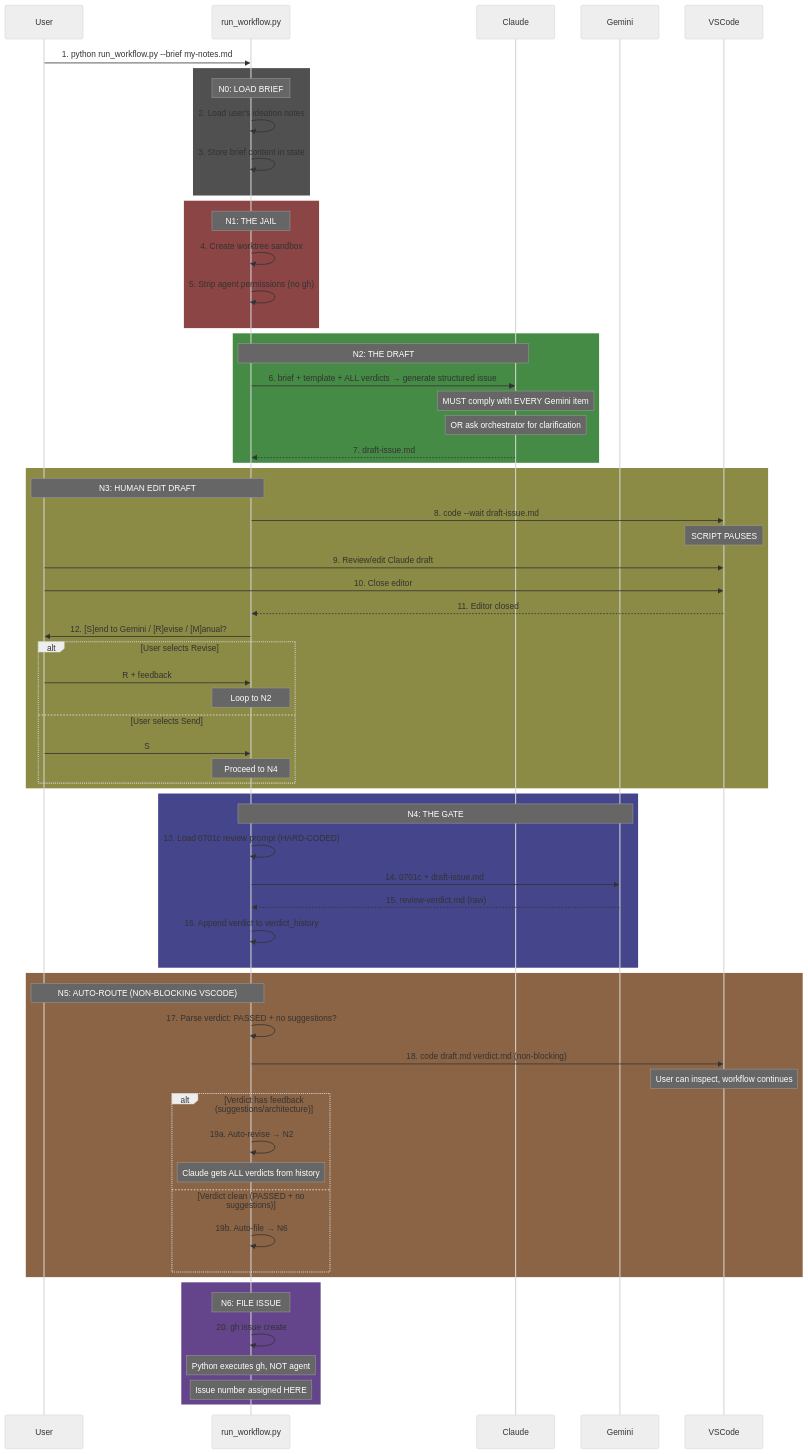
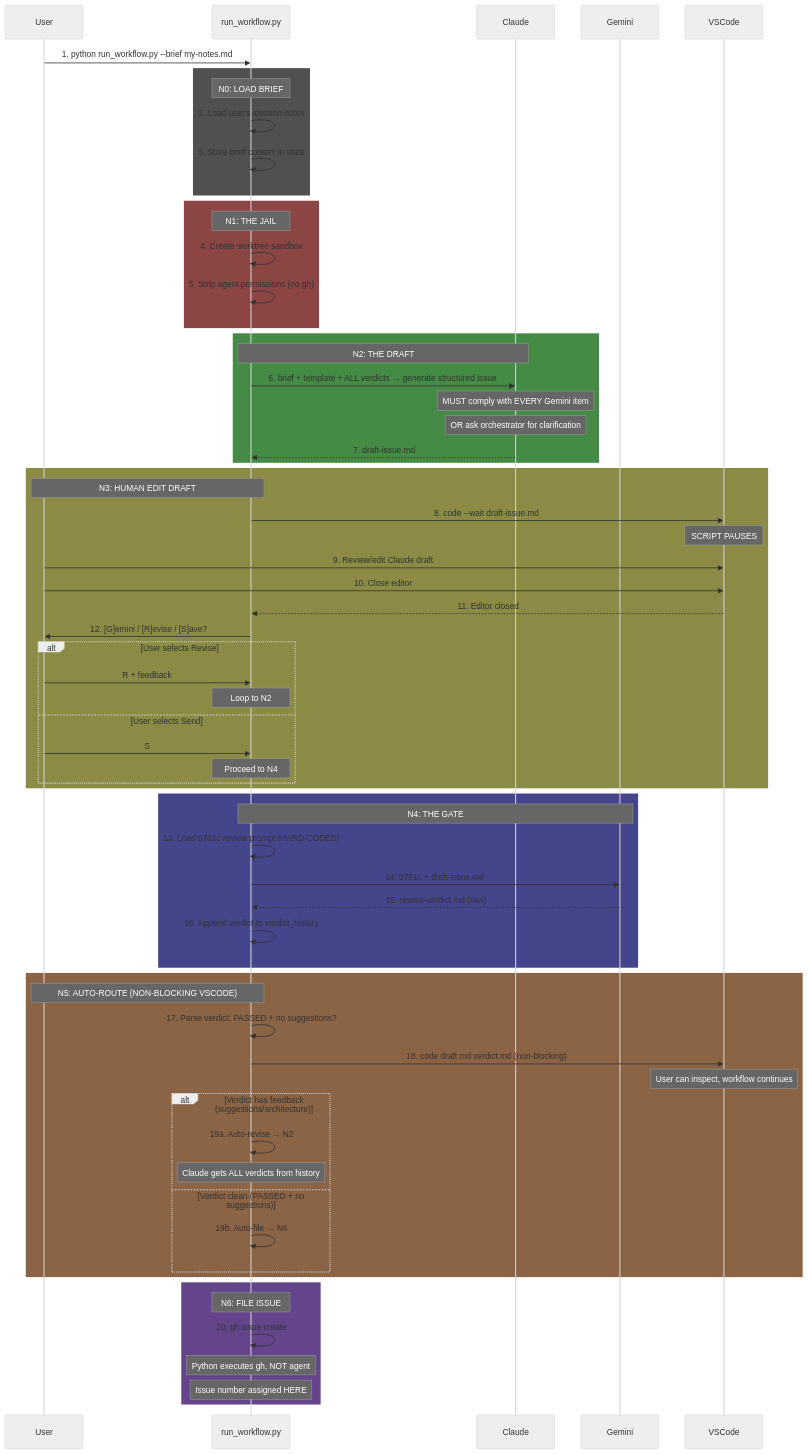
Before and after one commit to martymcenroe/AgentOS: the second of 2 diagrams in docs/runbooks/0904-issue-governance-workflow.md, drawn with Mermaid (neutral theme). The commit also changed other lines of this file, not shown here.

````diff
--- a/docs/runbooks/0904-issue-governance-workflow.md
+++ b/docs/runbooks/0904-issue-governance-workflow.md
@@ -59,75 +59,75 @@
 ```mermaid
 sequenceDiagram
     participant User
     participant Python as run_workflow.py
     participant Claude
     participant Gemini
     participant VSCode
 
     User->>Python: 1. python run_workflow.py --brief my-notes.md
 
     rect rgb(80, 80, 80)
         Note over Python: N0: LOAD BRIEF
         Python->>Python: 2. Load user's ideation notes
         Python->>Python: 3. Store brief content in state
     end
 
     rect rgb(139, 69, 69)
         Note over Python: N1: THE JAIL
         Python->>Python: 4. Create worktree sandbox
         Python->>Python: 5. Strip agent permissions (no gh)
     end
 
     rect rgb(69, 139, 69)
         Note over Python,Claude: N2: THE DRAFT
         Python->>Claude: 6. brief + template + ALL verdicts → generate structured issue
         Note over Claude: MUST comply with EVERY Gemini item
         Note over Claude: OR ask orchestrator for clarification
         Claude-->>Python: 7. draft-issue.md
     end
 
     rect rgb(139, 139, 69)
         Note over Python,User: N3: HUMAN EDIT DRAFT
         Python->>VSCode: 8. code --wait draft-issue.md
         Note over VSCode: SCRIPT PAUSES
         User->>VSCode: 9. Review/edit Claude draft
         User->>VSCode: 10. Close editor
         VSCode-->>Python: 11. Editor closed
-        Python->>User: 12. [S]end to Gemini / [R]evise / [M]anual?
+        Python->>User: 12. [G]emini / [R]evise / [S]ave?
         alt User selects Revise
             User->>Python: R + feedback
             Note over Python: Loop to N2
         else User selects Send
             User->>Python: S
             Note over Python: Proceed to N4
         end
     end
 
     rect rgb(69, 69, 139)
         Note over Python,Gemini: N4: THE GATE
         Python->>Python: 13. Load 0701c review prompt (HARD-CODED)
         Python->>Gemini: 14. 0701c + draft-issue.md
         Gemini-->>Python: 15. review-verdict.md (raw)
         Python->>Python: 16. Append verdict to verdict_history
     end
 
     rect rgb(139, 100, 69)
         Note over Python,User: N5: AUTO-ROUTE (NON-BLOCKING VSCODE)
         Python->>Python: 17. Parse verdict: PASSED + no suggestions?
         Python->>VSCode: 18. code draft.md verdict.md (non-blocking)
         Note over VSCode: User can inspect, workflow continues
         alt Verdict has feedback (suggestions/architecture)
             Python->>Python: 19a. Auto-revise → N2
             Note over Python: Claude gets ALL verdicts from history
         else Verdict clean (PASSED + no suggestions)
             Python->>Python: 19b. Auto-file → N6
         end
     end
 
     rect rgb(100, 69, 139)
         Note over Python: N6: FILE ISSUE
         Python->>Python: 20. gh issue create
         Note over Python: Python executes gh, NOT agent
         Note over Python: Issue number assigned HERE
     end
 ```
````
